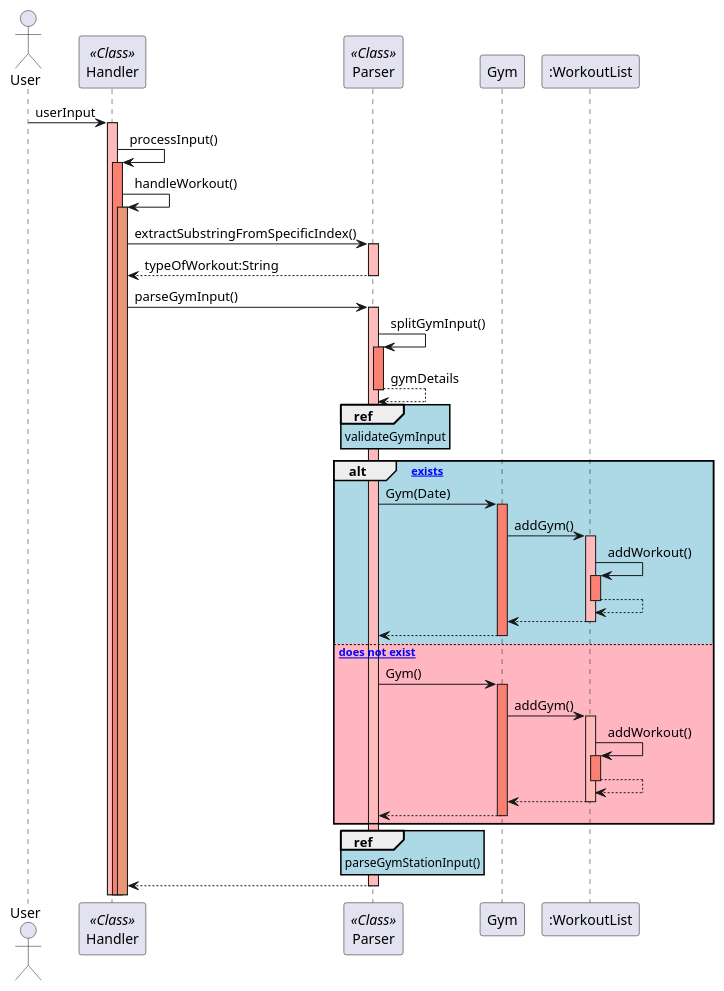
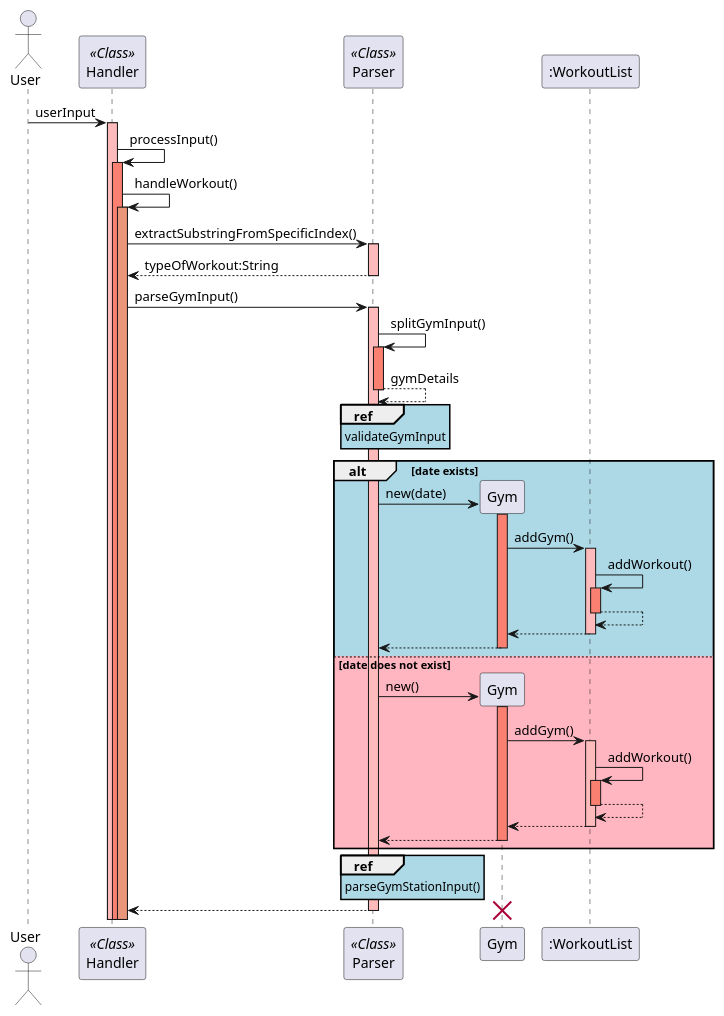
The diagram in docs/puml/gym_overview_sequence_diagram.puml (rouvinerh/tp), drawn with PlantUML before and after one commit. The commit also changed 6 other files, not shown here.

Commit message:
add Sequence Diagram for ParseGymStationInput

```diff
--- a/docs/puml/gym_overview_sequence_diagram.puml
+++ b/docs/puml/gym_overview_sequence_diagram.puml
@@ -1,59 +1,62 @@
 @startuml
 skinparam sequenceReferenceBackgroundColor lightblue
 actor User
 participant Handler as Handler << Class >>
 participant Parser as Parser << Class >>
 participant Gym as Gym 
 participant ":WorkoutList" as WorkoutList
 
 User -> Handler: userInput
 activate Handler #FFBBBB
 Handler -> Handler : processInput()
 activate Handler #Salmon
 Handler -> Handler : handleWorkout()
 
 activate Handler #DarkSalmon
 Handler -> Parser  : extractSubstringFromSpecificIndex()
 activate Parser  #FFBBBB
 Parser  --> Handler : typeOfWorkout:String
 deactivate Parser  #FFBBBB
 
 Handler -> Parser : parseGymInput()
 activate Parser  #FFBBBB
 Parser -> Parser : splitGymInput()
 activate Parser #Salmon
 Parser --> Parser : gymDetails
 deactivate Parser #Salmon
 ref over Parser: validateGymInput
-alt #LightBlue [date exists]
-    Parser -> Gym : Gym(Date)
+alt #LightBlue date exists
+    create Gym
+    Parser -> Gym : new(date)
     activate Gym #Salmon
     Gym -> WorkoutList : addGym()
     activate WorkoutList #FFBBBB
     WorkoutList -> WorkoutList : addWorkout()
     activate WorkoutList #Salmon
     WorkoutList --> WorkoutList
     deactivate WorkoutList #Salmon
     WorkoutList --> Gym #FFBBBB
     deactivate WorkoutList #FFBBBB
     Gym --> Parser
     deactivate Gym #Salmon
-else #LightPink [date does not exist]
-    Parser -> Gym : Gym()
+
+else #LightPink date does not exist
+    create Gym
+    Parser -> Gym : new()
      activate Gym #Salmon
     Gym -> WorkoutList : addGym()
     activate WorkoutList #FFBBBB
     WorkoutList -> WorkoutList : addWorkout()
     activate WorkoutList #Salmon
     WorkoutList --> WorkoutList
     deactivate WorkoutList #Salmon
     WorkoutList --> Gym #FFBBBB
     deactivate WorkoutList #FFBBBB
     Gym --> Parser
     deactivate Gym #Salmon
 end
 ref over Parser : parseGymStationInput()
 Parser --> Handler 
 deactivate Parser #FFBBBB
-
+destroy Gym
 @enduml
```
